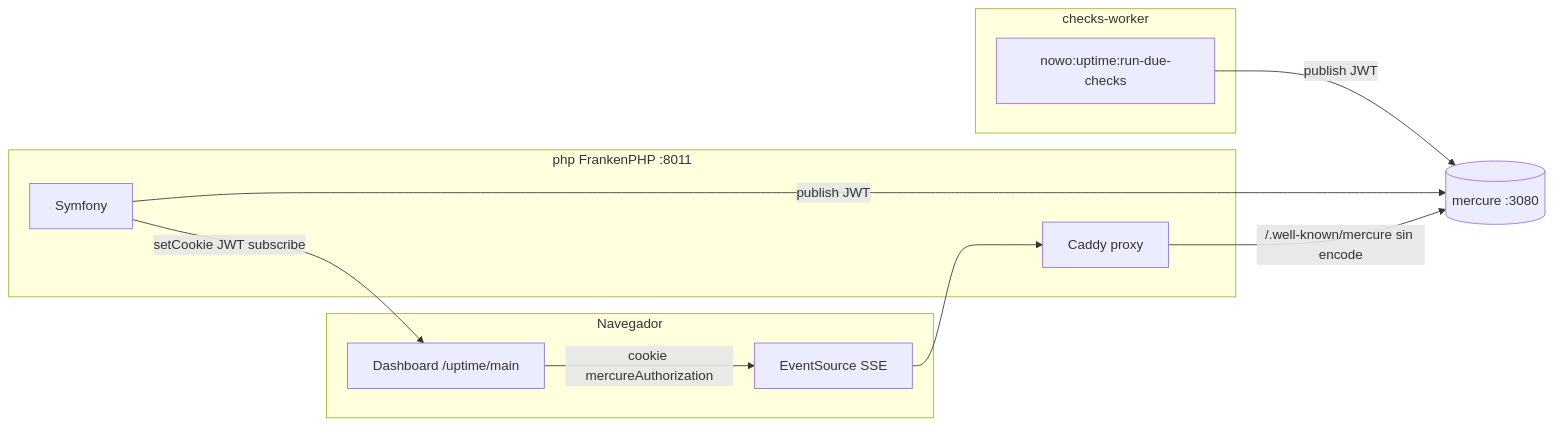
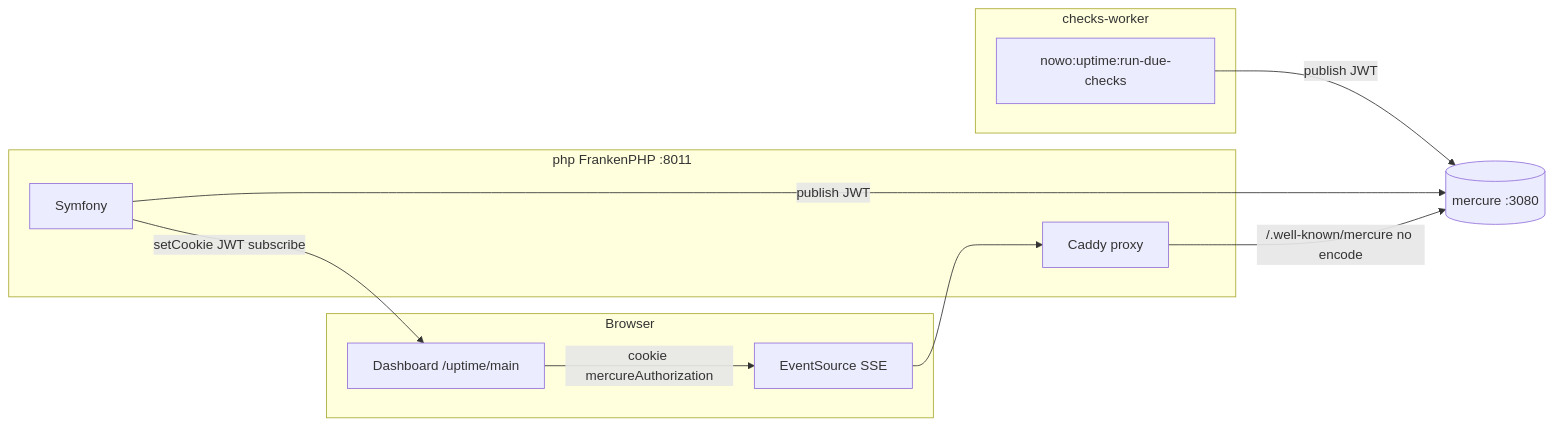
Before and after one commit to nowo-tech/UptimeMonitorBundle: the diagram in demo/MERCURE.md, drawn with Mermaid. The commit also changed other lines of this file and 33 other files, not shown here.

````diff
--- a/demo/MERCURE.md
+++ b/demo/MERCURE.md
@@ -16,22 +16,22 @@
 ```mermaid
 flowchart LR
-  subgraph browser [Navegador]
+  subgraph browser [Browser]
     D[Dashboard /uptime/main]
     ES[EventSource SSE]
   end
   subgraph php_container [php FrankenPHP :8011]
     Caddy[Caddy proxy]
     SF[Symfony]
   end
   subgraph worker [checks-worker]
     Run[nowo:uptime:run-due-checks]
   end
   Hub[(mercure :3080)]
 
   D -->|cookie mercureAuthorization| ES
   ES --> Caddy
-  Caddy -->|/.well-known/mercure sin encode| Hub
+  Caddy -->|/.well-known/mercure no encode| Hub
   SF -->|setCookie JWT subscribe| D
   Run -->|publish JWT| Hub
   SF -->|publish JWT| Hub
 ```
````
